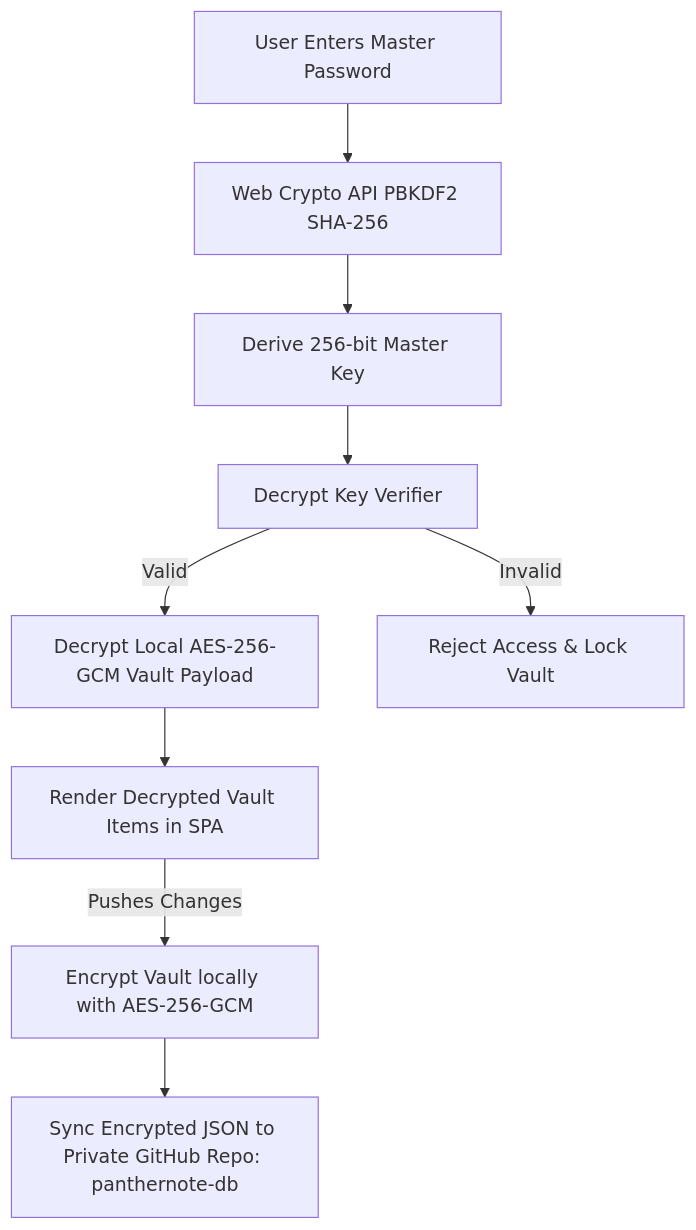
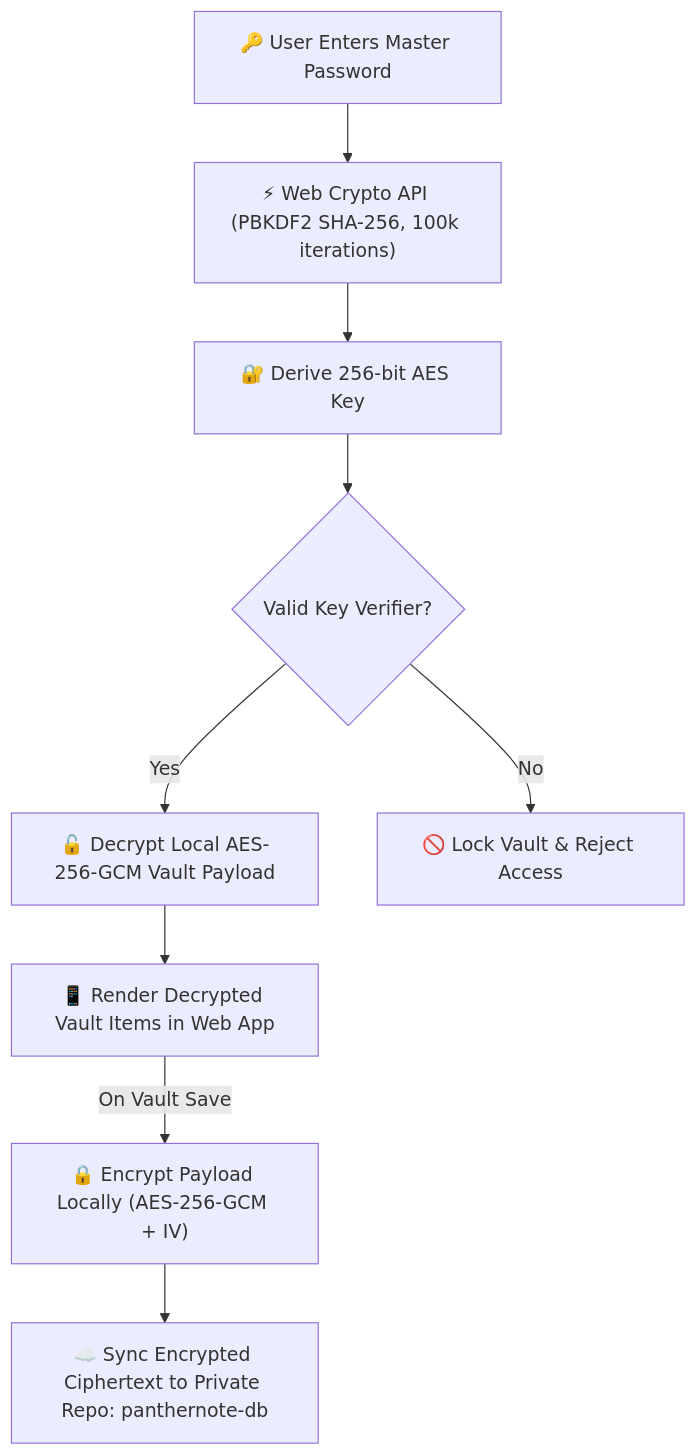
The diagram in README.md (sachinmandawi/panthernote), drawn with Mermaid before and after one commit. The commit also changed other lines of this file, not shown here.

Commit message:
docs: revamp README with animated SVG header, glowing badges, security architecture diagram, and tech matrix

````diff
--- a/README.md
+++ b/README.md
@@ -74,11 +75,11 @@
 ```mermaid
 flowchart TD
-    A[User Enters Master Password] --> B[Web Crypto API PBKDF2 SHA-256]
-    B --> C[Derive 256-bit Master Key]
-    C --> D[Decrypt Key Verifier]
-    D -->|Valid| E[Decrypt Local AES-256-GCM Vault Payload]
-    D -->|Invalid| F[Reject Access & Lock Vault]
-    E --> G[Render Decrypted Vault Items in SPA]
-    G -->|Pushes Changes| H[Encrypt Vault locally with AES-256-GCM]
-    H --> I[Sync Encrypted JSON to Private GitHub Repo: panthernote-db]
+    A["🔑 User Enters Master Password"] --> B["⚡ Web Crypto API (PBKDF2 SHA-256, 100k iterations)"]
+    B --> C["🔐 Derive 256-bit AES Key"]
+    C --> D{"Valid Key Verifier?"}
+    D -->|Yes| E["🔓 Decrypt Local AES-256-GCM Vault Payload"]
+    D -->|No| F["🚫 Lock Vault & Reject Access"]
+    E --> G["📱 Render Decrypted Vault Items in Web App"]
+    G -->|On Vault Save| H["🔒 Encrypt Payload Locally (AES-256-GCM + IV)"]
+    H --> I["☁️ Sync Encrypted Ciphertext to Private Repo: panthernote-db"]
 ```
````
